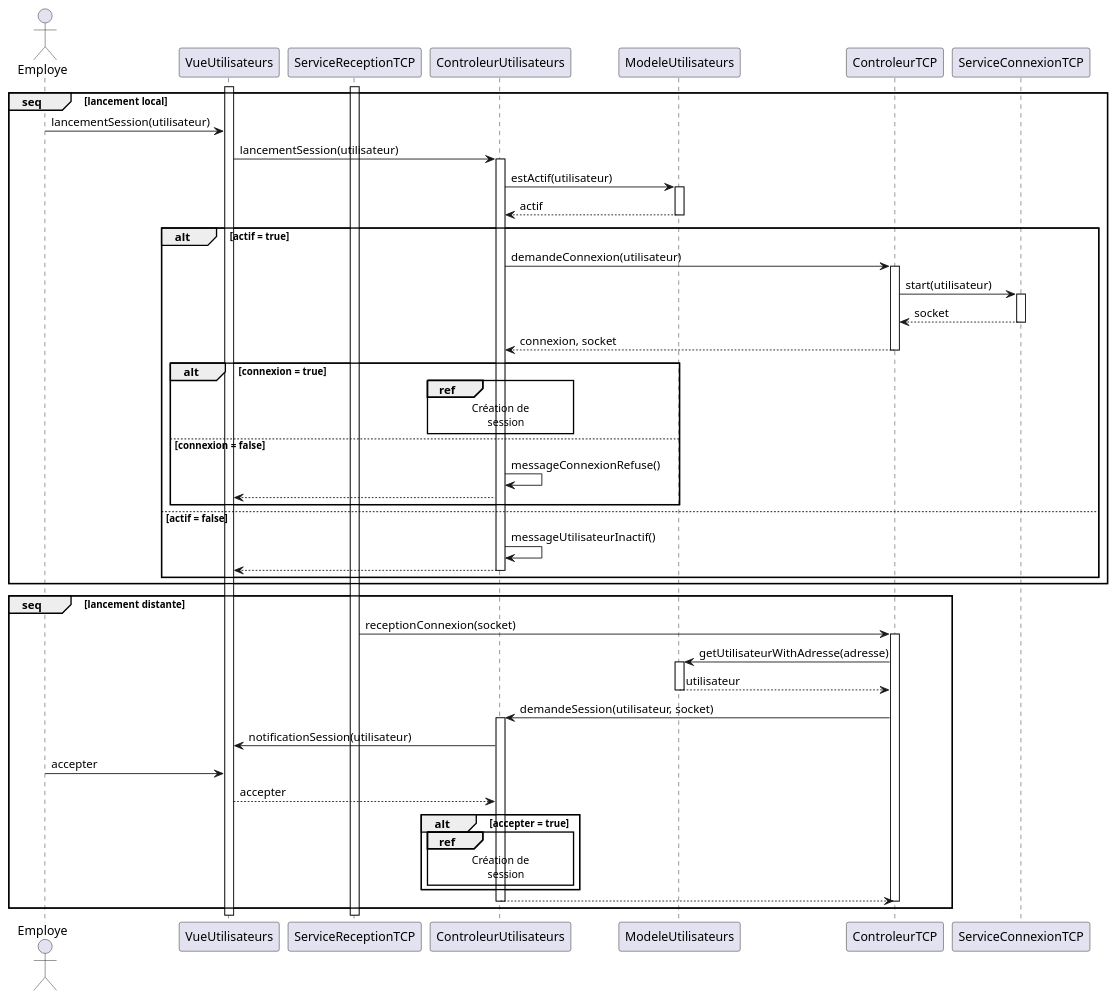
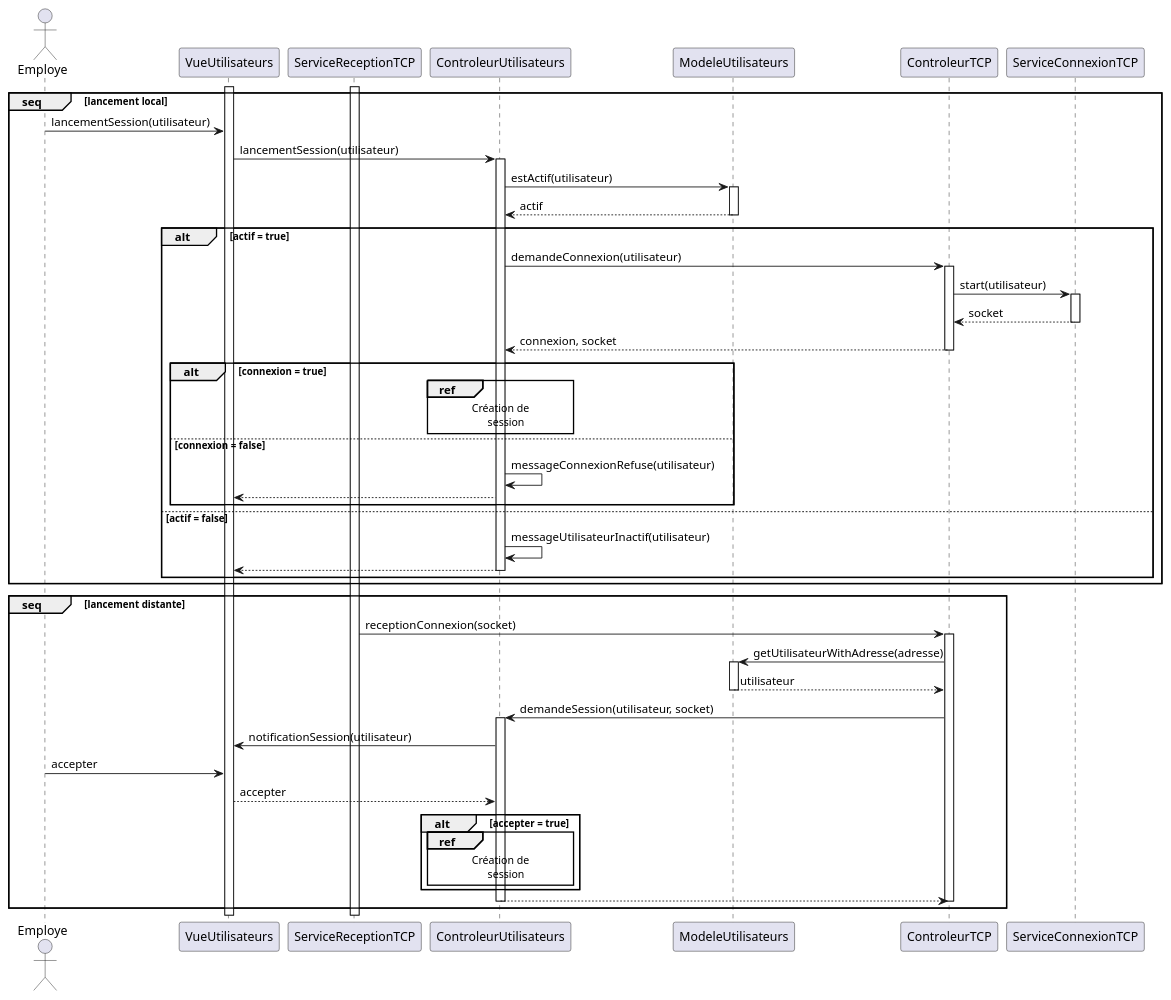
Before and after one commit to arc-hugo/clavardage_uml: the diagram in sequence/lancement_session.wsd, drawn with PlantUML. The commit also changed 1 other file, not shown here.

```diff
--- a/sequence/lancement_session.wsd
+++ b/sequence/lancement_session.wsd
@@ -1,59 +1,59 @@
 @startuml lancement_session
 actor Employe
 activate VueUtilisateurs
 activate ServiceReceptionTCP
 group seq [lancement local]
     Employe -> VueUtilisateurs : lancementSession(utilisateur)
     VueUtilisateurs -> ControleurUtilisateurs : lancementSession(utilisateur)
     activate ControleurUtilisateurs
     ControleurUtilisateurs -> ModeleUtilisateurs : estActif(utilisateur)
     activate ModeleUtilisateurs
     ModeleUtilisateurs --> ControleurUtilisateurs : actif
     deactivate ModeleUtilisateurs
     alt actif = true
         ControleurUtilisateurs -> ControleurTCP : demandeConnexion(utilisateur)
         activate ControleurTCP
         ControleurTCP -> ServiceConnexionTCP : start(utilisateur)
         activate ServiceConnexionTCP
         ServiceConnexionTCP --> ControleurTCP : socket
         deactivate ServiceConnexionTCP
         ControleurTCP --> ControleurUtilisateurs : connexion, socket
         deactivate ControleurTCP
         alt connexion = true
             ref over ControleurUtilisateurs
                 Création de
                     session
             end ref
         else connexion = false
-            ControleurUtilisateurs -> ControleurUtilisateurs : messageConnexionRefuse()
+            ControleurUtilisateurs -> ControleurUtilisateurs : messageConnexionRefuse(utilisateur)
             ControleurUtilisateurs --> VueUtilisateurs
         end
     else actif = false
-        ControleurUtilisateurs -> ControleurUtilisateurs : messageUtilisateurInactif()
+        ControleurUtilisateurs -> ControleurUtilisateurs : messageUtilisateurInactif(utilisateur)
         ControleurUtilisateurs --> VueUtilisateurs
         deactivate ControleurUtilisateurs
     end
 end
 group seq [lancement distante]
     ServiceReceptionTCP -> ControleurTCP : receptionConnexion(socket)
     activate ControleurTCP
     ControleurTCP -> ModeleUtilisateurs : getUtilisateurWithAdresse(adresse)
     activate ModeleUtilisateurs
     ModeleUtilisateurs --> ControleurTCP : utilisateur
     deactivate ModeleUtilisateurs
     ControleurTCP -> ControleurUtilisateurs : demandeSession(utilisateur, socket)
     activate ControleurUtilisateurs
     ControleurUtilisateurs -> VueUtilisateurs : notificationSession(utilisateur)
     Employe -> VueUtilisateurs : accepter
     VueUtilisateurs --> ControleurUtilisateurs : accepter
     alt accepter = true
         ref over ControleurUtilisateurs
             Création de
                 session
         end ref
     end
     ControleurUtilisateurs --> ControleurTCP
     deactivate ControleurUtilisateurs
     deactivate ControleurTCP
 end
 @enduml
```
